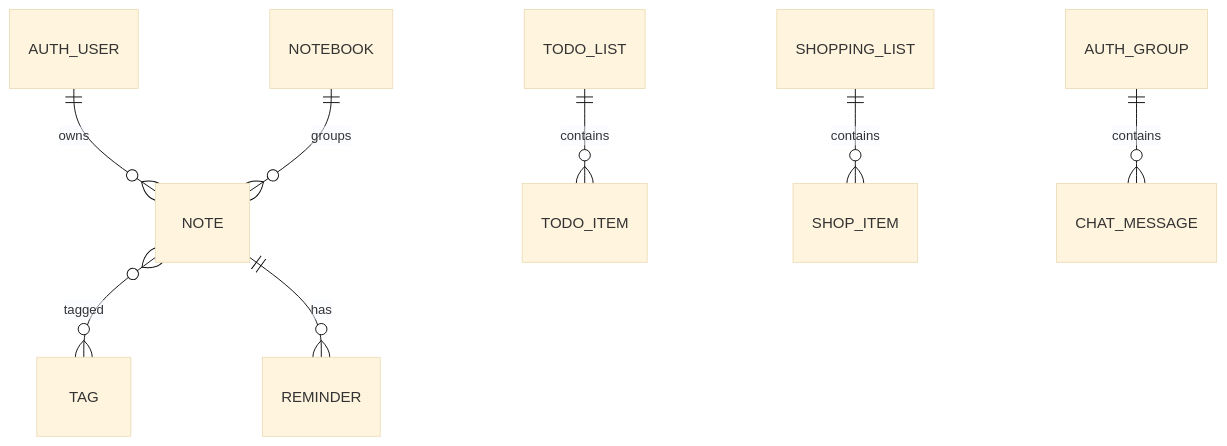
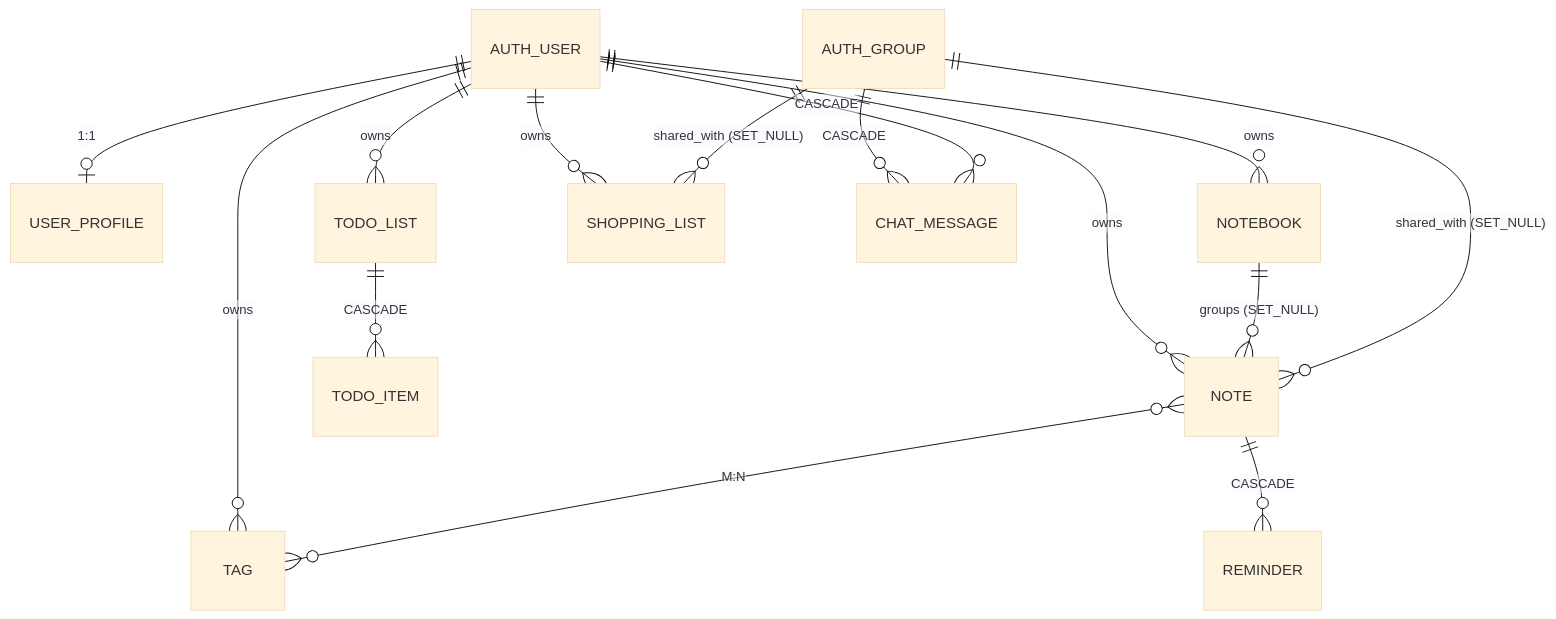
Before and after one commit to NikoriakViktot/notes_chat_app: the diagram in docs/03_database_and_orm/django_models.md, drawn with Mermaid (base theme). The commit also changed other lines of this file and 179 other files, not shown here.

````diff
--- a/docs/03_database_and_orm/django_models.md
+++ b/docs/03_database_and_orm/django_models.md
@@ -23,10 +192,20 @@
 ```mermaid
 erDiagram
-AUTH_USER ||--o{ NOTE : owns
-NOTEBOOK ||--o{ NOTE : groups
-NOTE }o--o{ TAG : tagged
-NOTE ||--o{ REMINDER : has
-TODO_LIST ||--o{ TODO_ITEM : contains
-SHOPPING_LIST ||--o{ SHOP_ITEM : contains
-AUTH_GROUP ||--o{ CHAT_MESSAGE : contains
+    AUTH_USER ||--o| USER_PROFILE : "1:1"
+    AUTH_USER ||--o{ NOTEBOOK : owns
+    AUTH_USER ||--o{ NOTE : owns
+    AUTH_USER ||--o{ TAG : owns
+    AUTH_USER ||--o{ TODO_LIST : owns
+    AUTH_USER ||--o{ SHOPPING_LIST : owns
+
+    NOTEBOOK ||--o{ NOTE : "groups (SET_NULL)"
+    AUTH_GROUP ||--o{ NOTE : "shared_with (SET_NULL)"
+    NOTE }o--o{ TAG : "M:N"
+    NOTE ||--o{ REMINDER : "CASCADE"
+
+    TODO_LIST ||--o{ TODO_ITEM : "CASCADE"
+    AUTH_GROUP ||--o{ SHOPPING_LIST : "shared_with (SET_NULL)"
+
+    AUTH_GROUP ||--o{ CHAT_MESSAGE : "CASCADE"
+    AUTH_USER ||--o{ CHAT_MESSAGE : "CASCADE"
 ```
````
